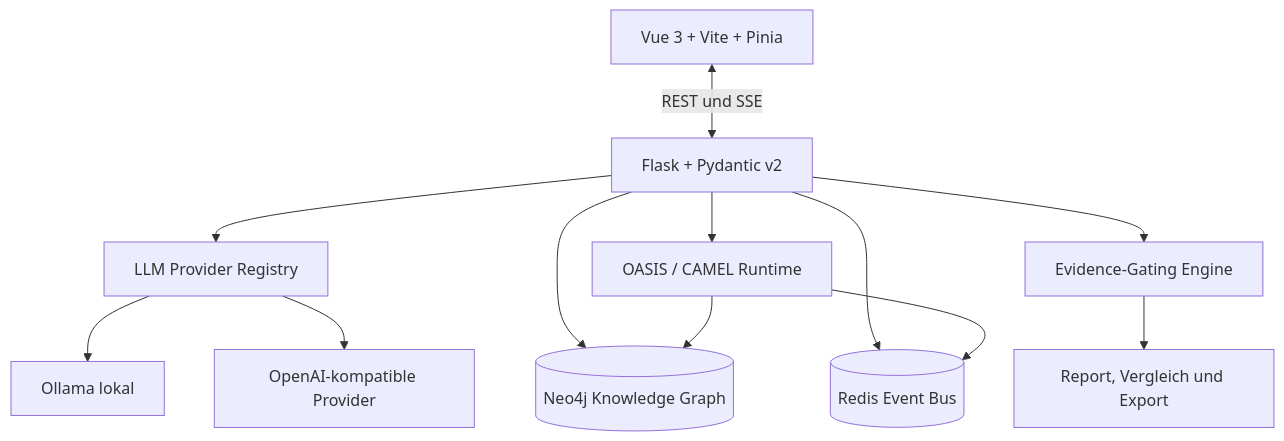
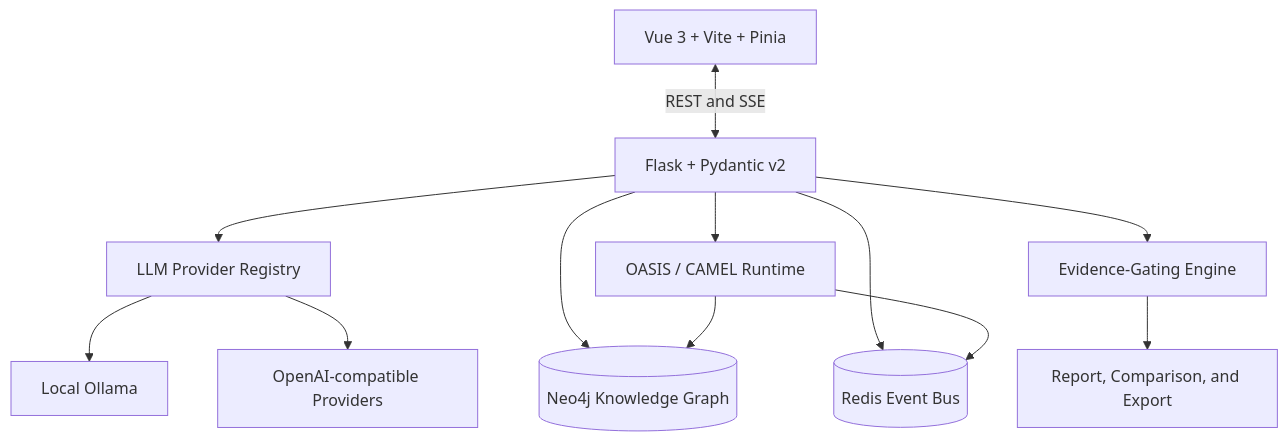
Before and after one commit to arn0ld87/agora: the second of 2 diagrams in README.md, drawn with Mermaid. The commit also changed other lines of this file, not shown here.

````diff
--- a/README.md
+++ b/README.md
@@ -179,17 +183,17 @@
 ```mermaid
 graph TD
-    UI[Vue 3 + Vite + Pinia] <-->|REST und SSE| API[Flask + Pydantic v2]
+    UI[Vue 3 + Vite + Pinia] <-->|REST and SSE| API[Flask + Pydantic v2]
 
     API --> REG[LLM Provider Registry]
-    REG --> LOCAL[Ollama lokal]
-    REG --> CLOUD[OpenAI-kompatible Provider]
+    REG --> LOCAL[Local Ollama]
+    REG --> CLOUD[OpenAI-compatible Providers]
 
     API --> NEO[(Neo4j Knowledge Graph)]
     API --> REDIS[(Redis Event Bus)]
     API --> OASIS[OASIS / CAMEL Runtime]
 
     OASIS --> REDIS
     OASIS --> NEO
     API --> EVIDENCE[Evidence-Gating Engine]
-    EVIDENCE --> REPORT[Report, Vergleich und Export]
+    EVIDENCE --> REPORT[Report, Comparison, and Export]
 ```
````
